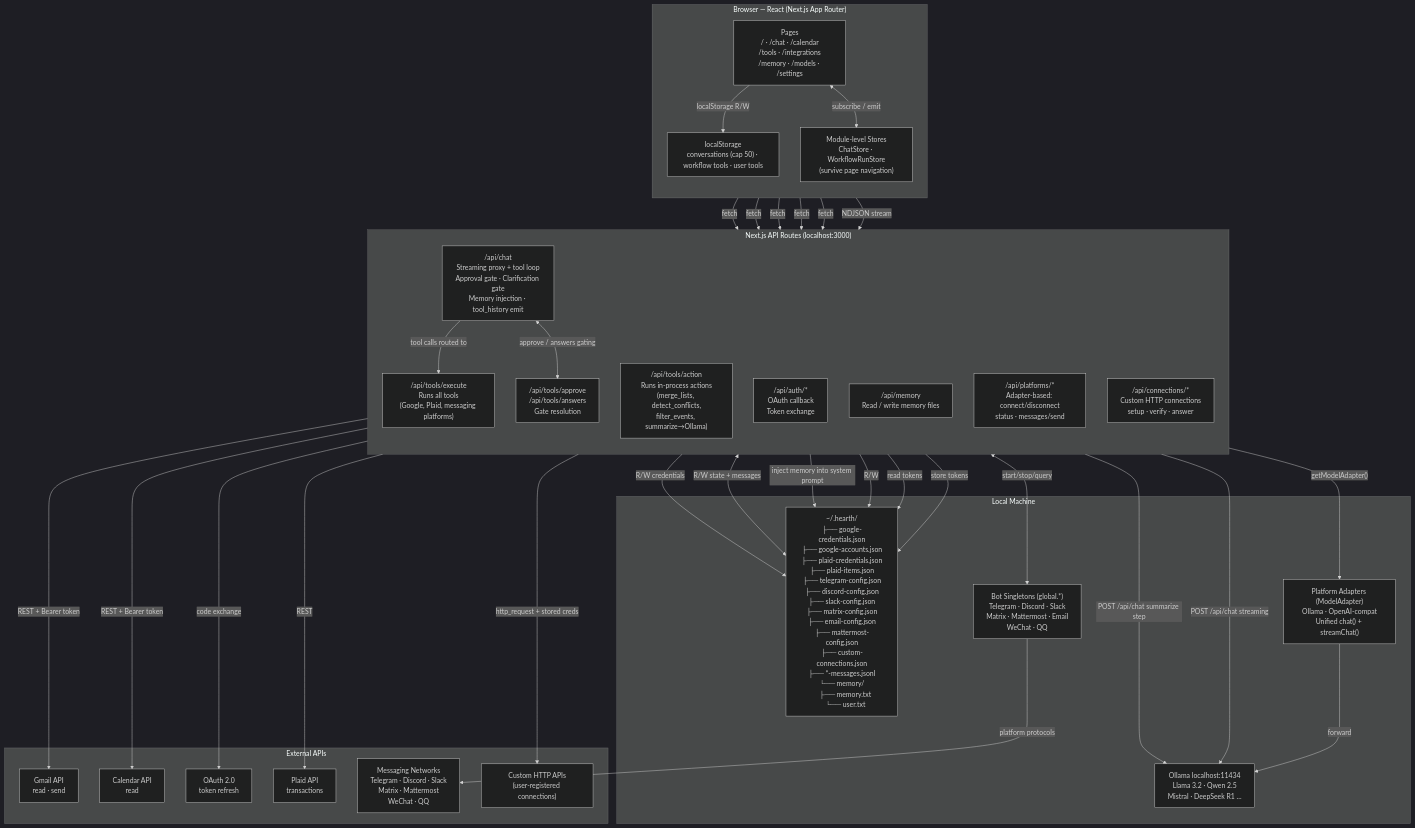
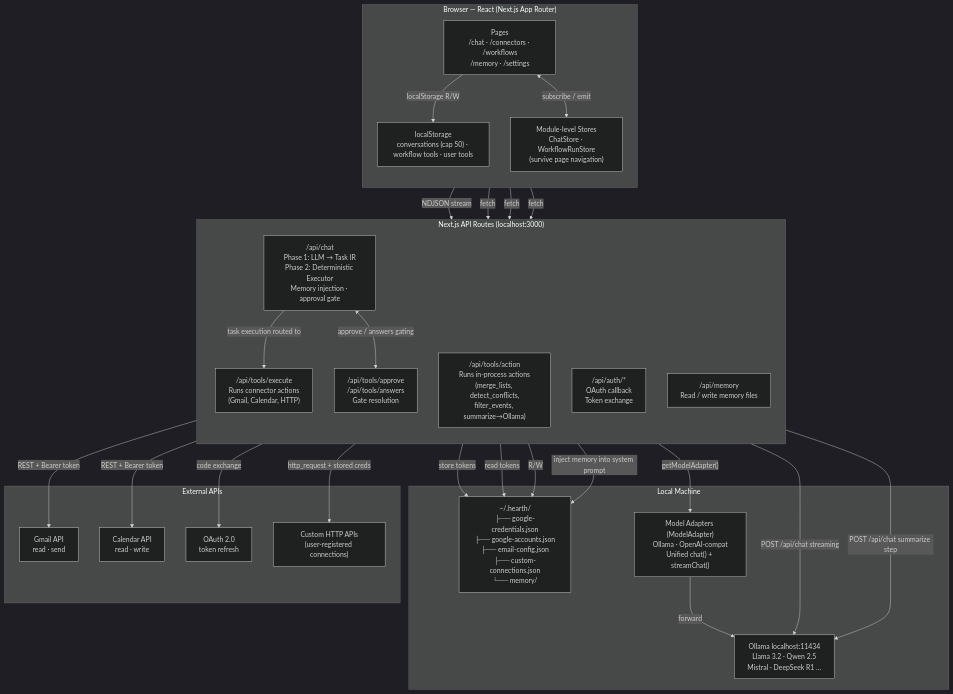
One commit to yulongkelly/Hearth changed the diagram in docs/system-design.md. Above: the diagram before and after it, drawn with Mermaid (dark theme). The commit also changed other lines of this file and 19 other files, not shown here.

````diff
--- a/docs/system-design.md
+++ b/docs/system-design.md
@@ -5,78 +18,58 @@
 ```mermaid
 graph TB
     subgraph Browser["Browser — React (Next.js App Router)"]
         direction TB
-        Pages["Pages\n/ · /chat · /calendar\n/tools · /integrations\n/memory · /models · /settings"]
+        Pages["Pages\n/chat · /connectors · /workflows\n/memory · /settings"]
         LS["localStorage\nconversations (cap 50) · workflow tools · user tools"]
         GS["Module-level Stores\nChatStore · WorkflowRunStore\n(survive page navigation)"]
     end
 
     subgraph Server["Next.js API Routes (localhost:3000)"]
         direction TB
-        ChatRoute["/api/chat\nStreaming proxy + tool loop\nApproval gate · Clarification gate\nMemory injection · tool_history emit"]
-        ToolExec["/api/tools/execute\nRuns all tools\n(Google, Plaid, messaging platforms)"]
+        ChatRoute["/api/chat\nPhase 1: LLM → Task IR\nPhase 2: Deterministic Executor\nMemory injection · approval gate"]
+        ToolExec["/api/tools/execute\nRuns connector actions\n(Gmail, Calendar, HTTP)"]
         ActionExec["/api/tools/action\nRuns in-process actions\n(merge_lists, detect_conflicts,\nfilter_events, summarize→Ollama)"]
         AuthRoutes["/api/auth/*\nOAuth callback\nToken exchange"]
         MemRoute["/api/memory\nRead / write memory files"]
         ApproveRoutes["/api/tools/approve\n/api/tools/answers\nGate resolution"]
-        MsgRoutes["/api/platforms/*\nAdapter-based: connect/disconnect\nstatus · messages/send"]
-        ConnRoutes["/api/connections/*\nCustom HTTP connections\nsetup · verify · answer"]
     end
 
     subgraph LocalMachine["Local Machine"]
         Ollama["Ollama  localhost:11434\nLlama 3.2 · Qwen 2.5\nMistral · DeepSeek R1 …"]
-        FS["~/.hearth/\n├── google-credentials.json\n├── google-accounts.json\n├── plaid-credentials.json\n├── plaid-items.json\n├── telegram-config.json\n├── discord-config.json\n├── slack-config.json\n├── matrix-config.json\n├── email-config.json\n├── mattermost-config.json\n├── custom-connections.json\n├── *-messages.jsonl\n└── memory/\n    ├── memory.txt\n    └── user.txt"]
-        Adapters["Platform Adapters (ModelAdapter)\nOllama · OpenAI-compat\nUnified chat() + streamChat()"]
-        Bots["Bot Singletons (global.*)\nTelegram · Discord · Slack\nMatrix · Mattermost · Email\nWeChat · QQ"]
+        FS["~/.hearth/\n├── google-credentials.json\n├── google-accounts.json\n├── email-config.json\n├── custom-connections.json\n└── memory/"]
+        Adapters["Model Adapters (ModelAdapter)\nOllama · OpenAI-compat\nUnified chat() + streamChat()"]
     end
 
     subgraph ExternalAPIs["External APIs"]
         Gmail["Gmail API\nread · send"]
-        GCal["Calendar API\nread"]
+        GCal["Calendar API\nread · write"]
         OAuth["OAuth 2.0\ntoken refresh"]
-        Plaid["Plaid API\ntransactions"]
-        MsgNets["Messaging Networks\nTelegram · Discord · Slack\nMatrix · Mattermost\nWeChat · QQ"]
         CustomAPIs["Custom HTTP APIs\n(user-registered connections)"]
     end
 
-    %% Browser ↔ Server
     Pages -->|"NDJSON stream"| ChatRoute
     Pages -->|"fetch"| ToolExec
     Pages -->|"fetch"| ActionExec
     Pages -->|"fetch"| MemRoute
-    Pages -->|"fetch"| MsgRoutes
-    Pages -->|"fetch"| ConnRoutes
     Pages -->|"localStorage R/W"| LS
     Pages <-->|"subscribe / emit"| GS
 
-    %% Server ↔ Ollama
     ChatRoute -->|"POST /api/chat streaming"| Ollama
     ActionExec -->|"POST /api/chat summarize step"| Ollama
 
-    %% Server ↔ External
     ToolExec -->|"REST + Bearer token"| Gmail
     ToolExec -->|"REST + Bearer token"| GCal
     AuthRoutes -->|"code exchange"| OAuth
-    ToolExec -->|"REST"| Plaid
     ToolExec -->|"http_request + stored creds"| CustomAPIs
-    ChatRoute -->|"tool calls routed to"| ToolExec
+    ChatRoute -->|"task execution routed to"| ToolExec
 
-    %% Server ↔ FS
     AuthRoutes -->|"store tokens"| FS
     ToolExec -->|"read tokens"| FS
     MemRoute -->|"R/W"| FS
     ChatRoute -->|"inject memory into system prompt"| FS
-    MsgRoutes <-->|"R/W state + messages"| FS
-    ConnRoutes -->|"R/W credentials"| FS
 
-    %% Adapters
     ChatRoute -->|"getModelAdapter()"| Adapters
     Adapters -->|"forward"| Ollama
 
-    %% Bot singletons ↔ networks
-    Bots -->|"platform protocols"| MsgNets
-    MsgRoutes <-->|"start/stop/query"| Bots
-
-    %% Tool loop
     ChatRoute <-->|"approve / answers gating"| ApproveRoutes
 ```
````
